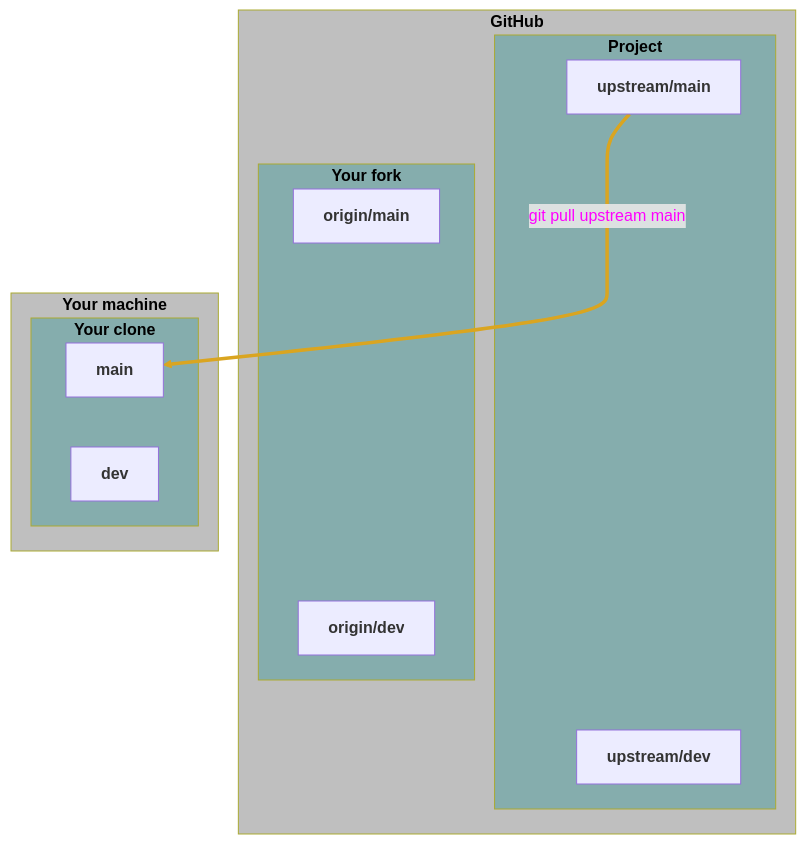
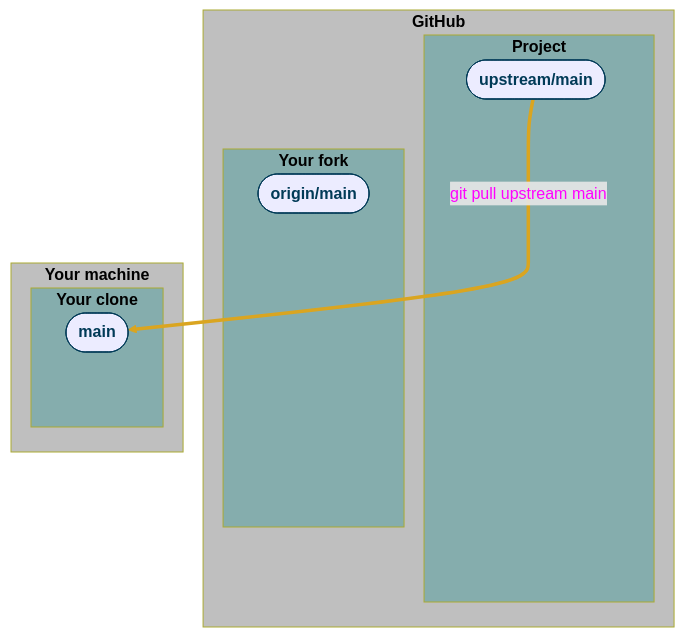
Before and after one commit to WestDRI/arc-training: the sixth of 12 diagrams in git/col_pr.qmd, drawn with Mermaid. The commit also changed other lines of this file, not shown here.

Commit message:
improve GitHub PR workflow mermaid diagrams

````diff
--- a/git/col_pr.qmd
+++ b/git/col_pr.qmd
@@ -285,45 +343,47 @@
 ```{mermaid}
 %%| echo: false
 flowchart TD
-  subgraph gh["<b>GitHub</b>"]
-    subgraph project["<b>Project</b>"]
-      upstream/main["<b>upstream/main</b>"]
-      upstream/dev["<b>upstream/dev</b>"]
+  subgraph gh["<b>GitHub</b>"];
+    subgraph project["<b>Project</b>"];
+      upstream/main(["<b>upstream/main</b>"]);
+      upstream/dev(["<b>upstream/dev</b>"]);
     end
-    subgraph fork["<b>Your fork</b>"]
-      origin/main["<b>origin/main</b>"]
-      origin/dev["<b>origin/dev</b>"]
+    subgraph fork["<b>Your fork</b>"];
+      origin/main(["<b>origin/main</b>"]);
+      origin/dev(["<b>origin/dev</b>"]);
     end
   end
-  subgraph local["<b>Your machine</b>"]
-    subgraph clone["<b>Your clone</b>"]
-      main["<b>main</b>"]
-      dev["<b>dev</b>"]
+  subgraph local["<b>Your machine</b>"];
+    subgraph clone["<b>Your clone</b>"];
+      main(["<b>main</b>"]);
+      dev(["<b>dev</b>"]);
     end
   end
 
+  classDef hidden display: none;
   classDef location fill:#bfbfbf, color:#000;
   class gh location;
   class local location;
   classDef repo fill:#85adad, color:#000;
   class project repo;
   class fork repo;
   class clone repo;
+  classDef branchmain color:#003a57, stroke:#003a57;
+  class upstream/main branchmain;
+  class upstream/dev hidden;
+  class origin/main branchmain;
+  class origin/dev hidden;
+  class main branchmain;
+  class dev hidden;
 
   upstream/main ~~~  origin/main
   origin/main ~~~ main
   upstream/main == git pull upstream main ==> main
   main ~~~ origin/main
   main ~~~ dev
   dev ~~~ origin/dev
   origin/dev ~~~ upstream/dev
   upstream/dev ~~~ upstream/main
 
-  linkStyle 0 stroke:YellowGreen;
-  linkStyle 1 stroke:YellowGreen, color:magenta;
   linkStyle 2 stroke:goldenrod, color:magenta;
-  linkStyle 3 stroke:sienna, color:magenta;
-  linkStyle 4 stroke:goldenrod, color:magenta;
-  linkStyle 5 stroke:goldenrod, color:magenta;
-  linkStyle 6 stroke:goldenrod;
 ```
````
